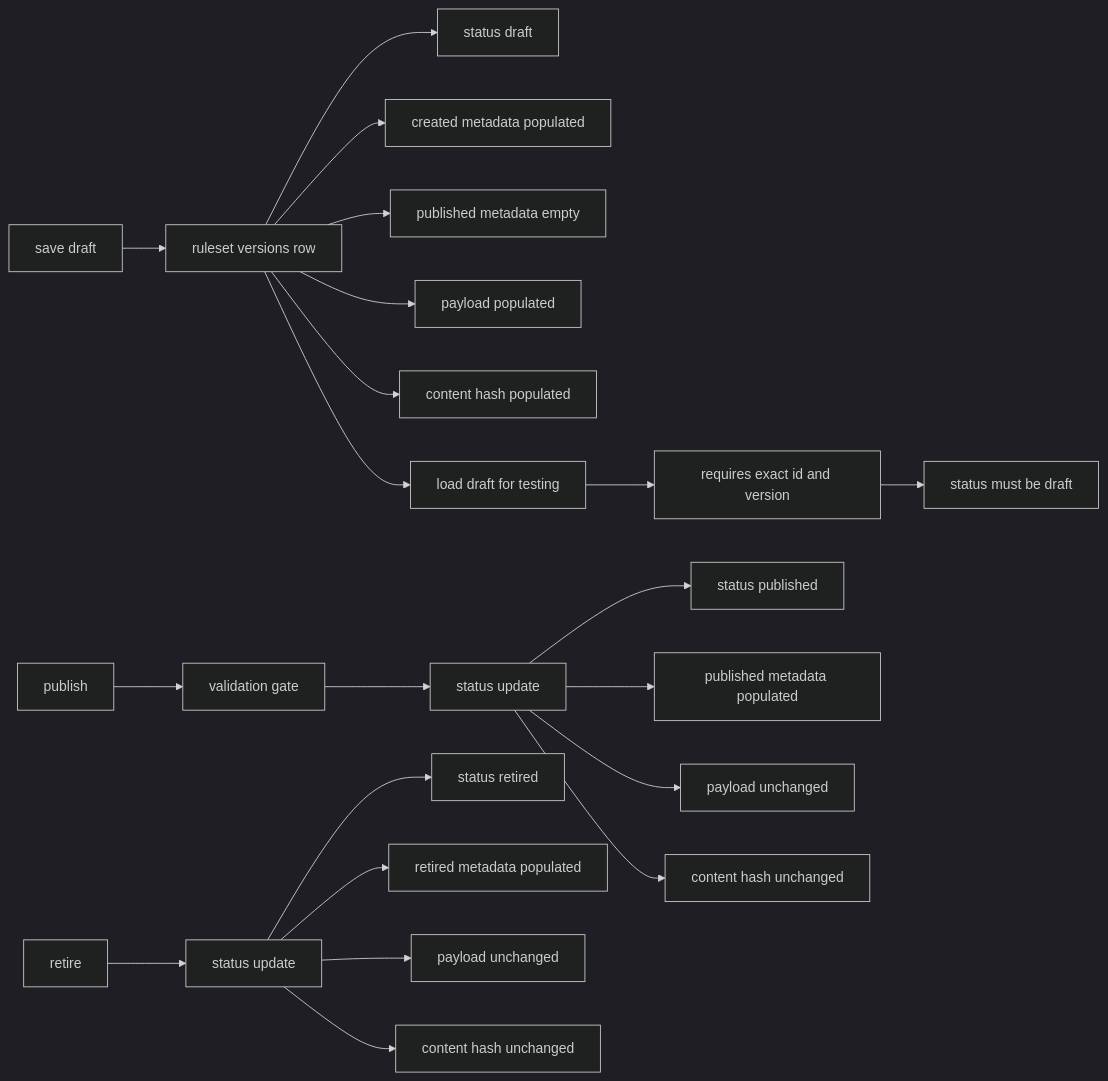
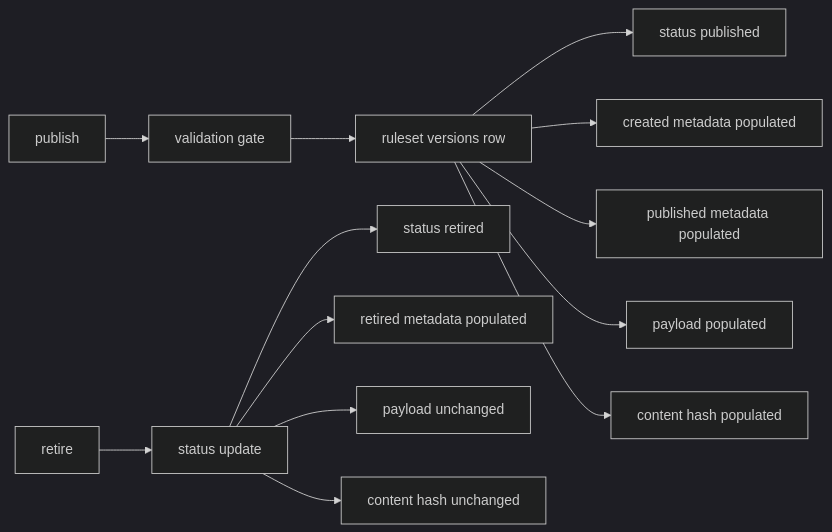
The third of 3 diagrams in README.md (arbaizam/rules_engine), drawn with Mermaid (dark theme) before and after one commit. The commit also changed other lines of this file and 36 other files, not shown here.

Commit message:
Simplify ruleset lifecycle metadata

````diff
--- a/README.md
+++ b/README.md
@@ -1243,25 +1109,16 @@
 ```mermaid
 flowchart LR
-    A[save draft] --> B[ruleset versions row]
-    B --> C[status draft]
-    B --> D[created metadata populated]
-    B --> E[published metadata empty]
-    B --> F[payload populated]
-    B --> G[content hash populated]
-    B --> U[load draft for testing]
-    U --> V[requires exact id and version]
-    V --> W[status must be draft]
+    A[publish] --> B[validation gate]
+    B --> C[ruleset versions row]
+    C --> D[status published]
+    C --> E[created metadata populated]
+    C --> F[published metadata populated]
+    C --> G[payload populated]
+    C --> H[content hash populated]
 
-    H[publish] --> I[validation gate]
-    I --> J[status update]
-    J --> K[status published]
-    J --> L[published metadata populated]
+    I[retire] --> J[status update]
+    J --> K[status retired]
+    J --> L[retired metadata populated]
     J --> M[payload unchanged]
     J --> N[content hash unchanged]
-
-    O[retire] --> P[status update]
-    P --> Q[status retired]
-    P --> R[retired metadata populated]
-    P --> S[payload unchanged]
-    P --> T[content hash unchanged]
 ```
````
